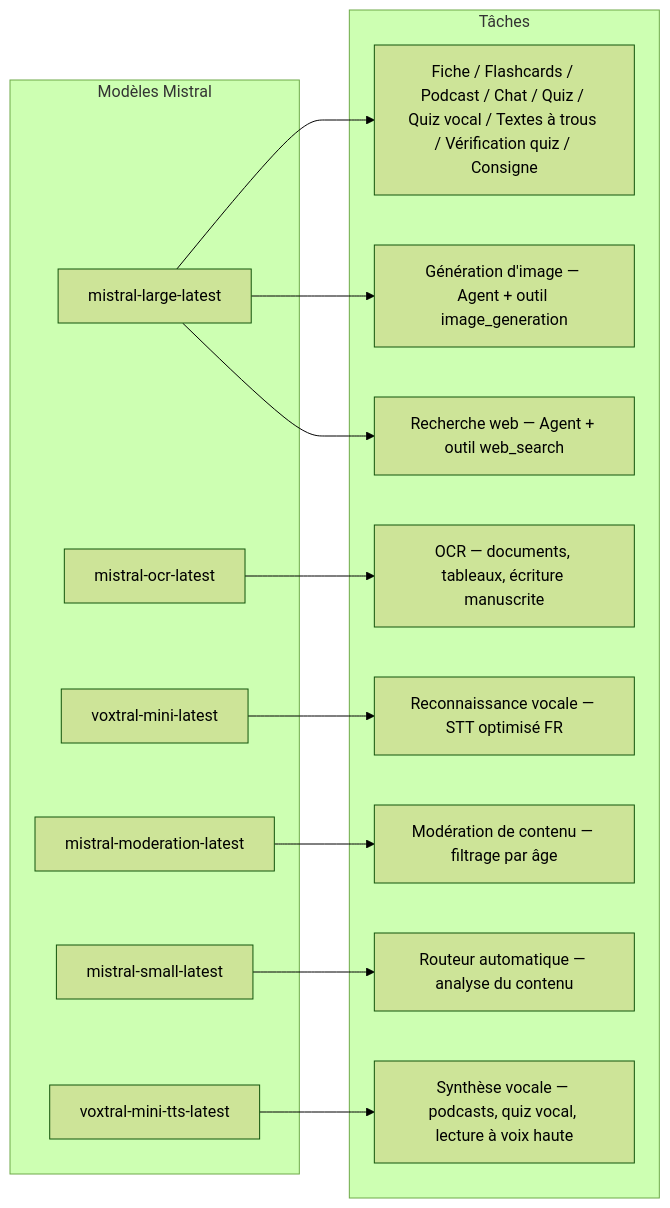
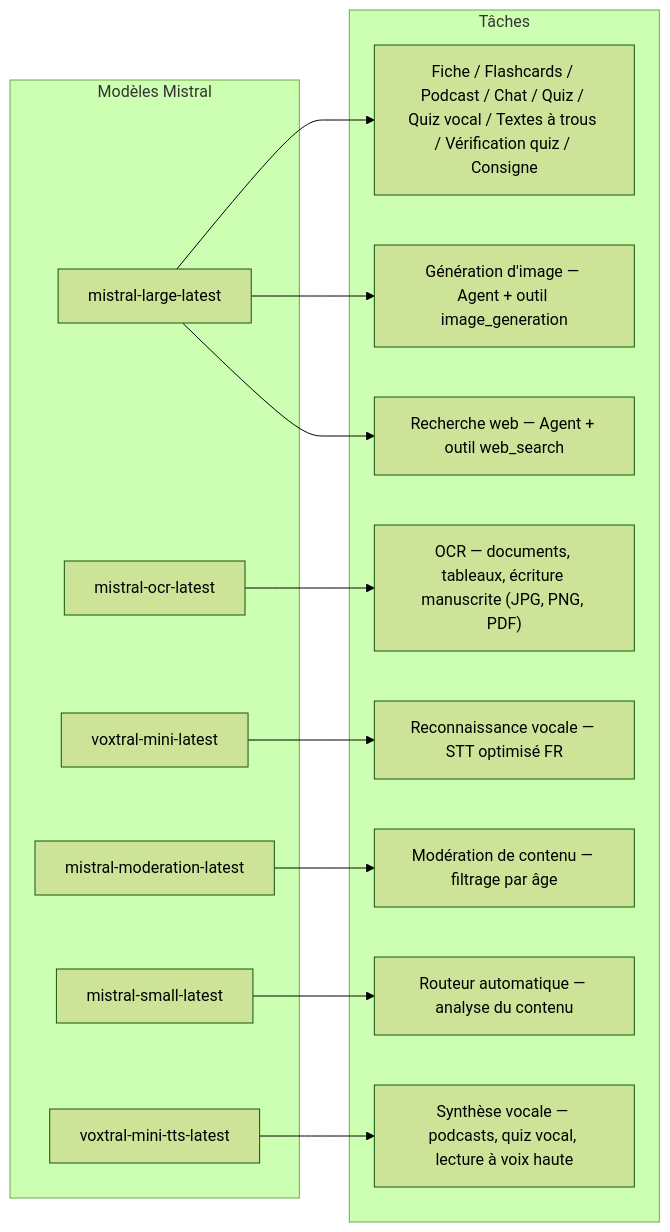
The second of 3 diagrams in README-ar.md (jls42/EurekAI), drawn with Mermaid (forest theme) before and after one commit. The commit also changed other lines of this file and 31 other files, not shown here.

````diff
--- a/README-ar.md
+++ b/README-ar.md
@@ -120,31 +120,31 @@
 ```mermaid
 flowchart LR
     subgraph "Modèles Mistral"
         ML["mistral-large-latest"]
         MO["mistral-ocr-latest"]
         MV["voxtral-mini-latest"]
         MMod["mistral-moderation-latest"]
         MS["mistral-small-latest"]
         MTTS["voxtral-mini-tts-latest"]
     end
 
     subgraph "Tâches"
         T1["Fiche / Flashcards / Podcast / Chat / Quiz / Quiz vocal / Textes à trous / Vérification quiz / Consigne"]
-        T2["OCR — documents, tableaux, écriture manuscrite"]
+        T2["OCR — documents, tableaux, écriture manuscrite (JPG, PNG, PDF)"]
         T3["Reconnaissance vocale — STT optimisé FR"]
         T4["Modération de contenu — filtrage par âge"]
         T5["Routeur automatique — analyse du contenu"]
         T6["Génération d'image — Agent + outil image_generation"]
         T7["Recherche web — Agent + outil web_search"]
         T8["Synthèse vocale — podcasts, quiz vocal, lecture à voix haute"]
     end
 
     ML --> T1
     MO --> T2
     MV --> T3
     MMod --> T4
     MS --> T5
     ML --> T6
     ML --> T7
     MTTS --> T8
 ```
````
